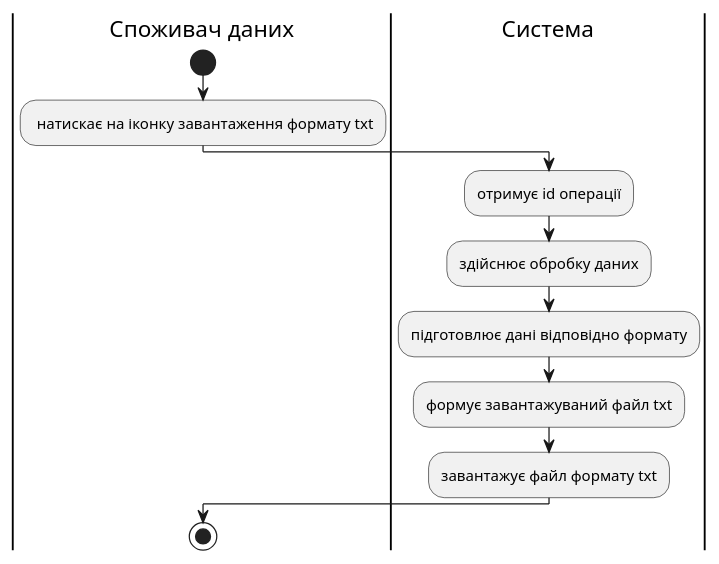
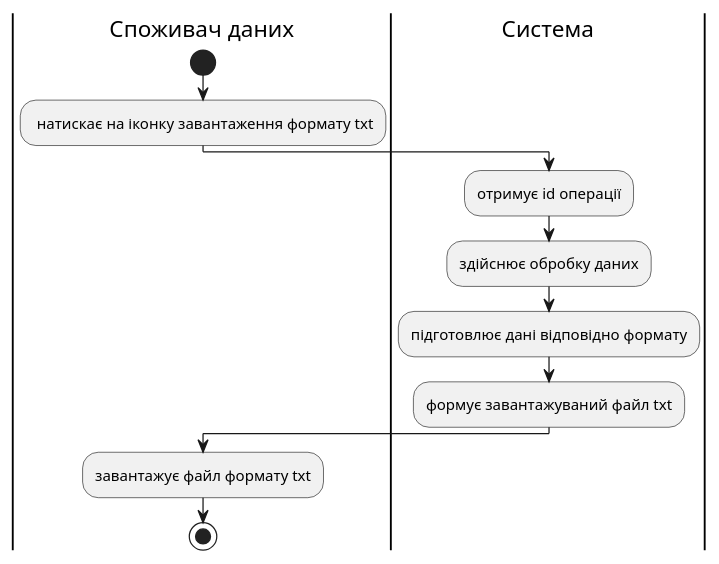
The fifth of 5 diagrams in docs/use cases/DataConsumer.md (boldak/edu-db-cw), drawn with PlantUML before and after one commit. The commit also changed other lines of this file and 2 other files, not shown here.

Commit message:
files added to main readme file, all diagrams together, diagrams arrows fixed

```diff
--- a/docs/use cases/DataConsumer.md
+++ b/docs/use cases/DataConsumer.md
@@ -241,15 +228,15 @@
 @startuml
 
     |Споживач даних|
         start
         : натискає на іконку завантаження формату txt;
     |Система|
         :отримує id операції;
         :здійснює обробку даних;
         :підготовлює дані відповідно формату;
         :формує завантажуваний файл txt;
+    |Споживач даних|
         :завантажує файл формату txt;
-    |Споживач даних|
         stop;
 
 @enduml
```
